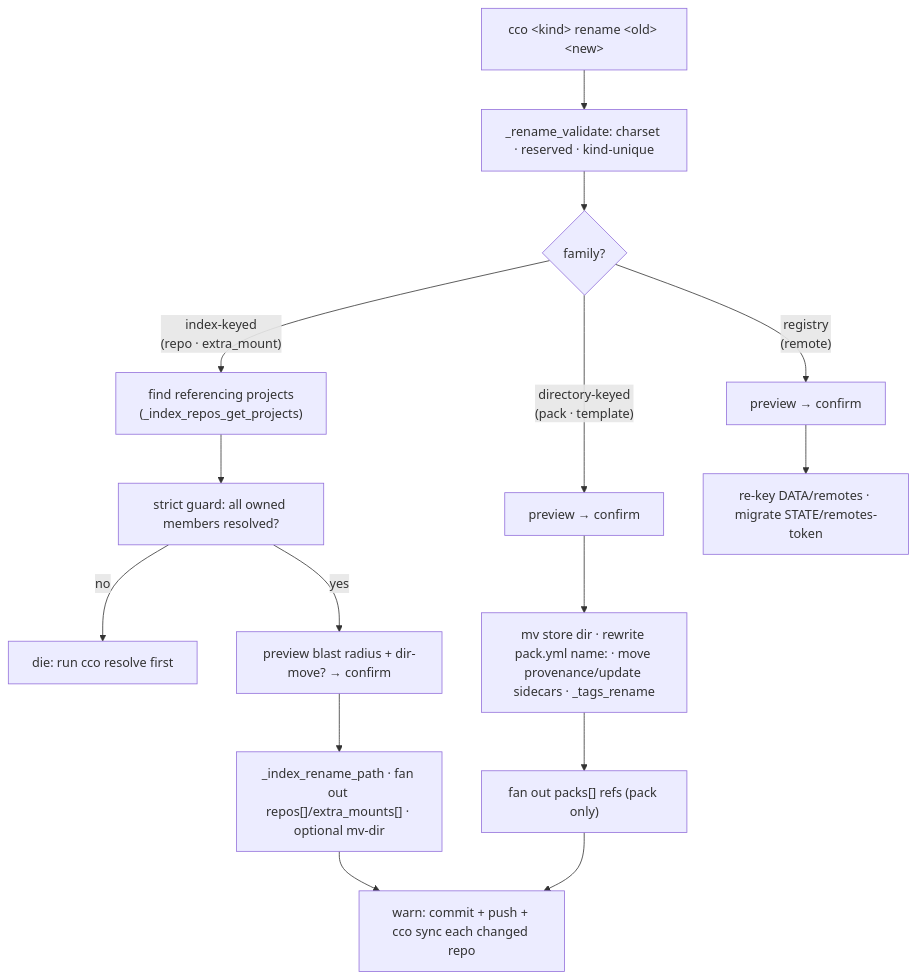
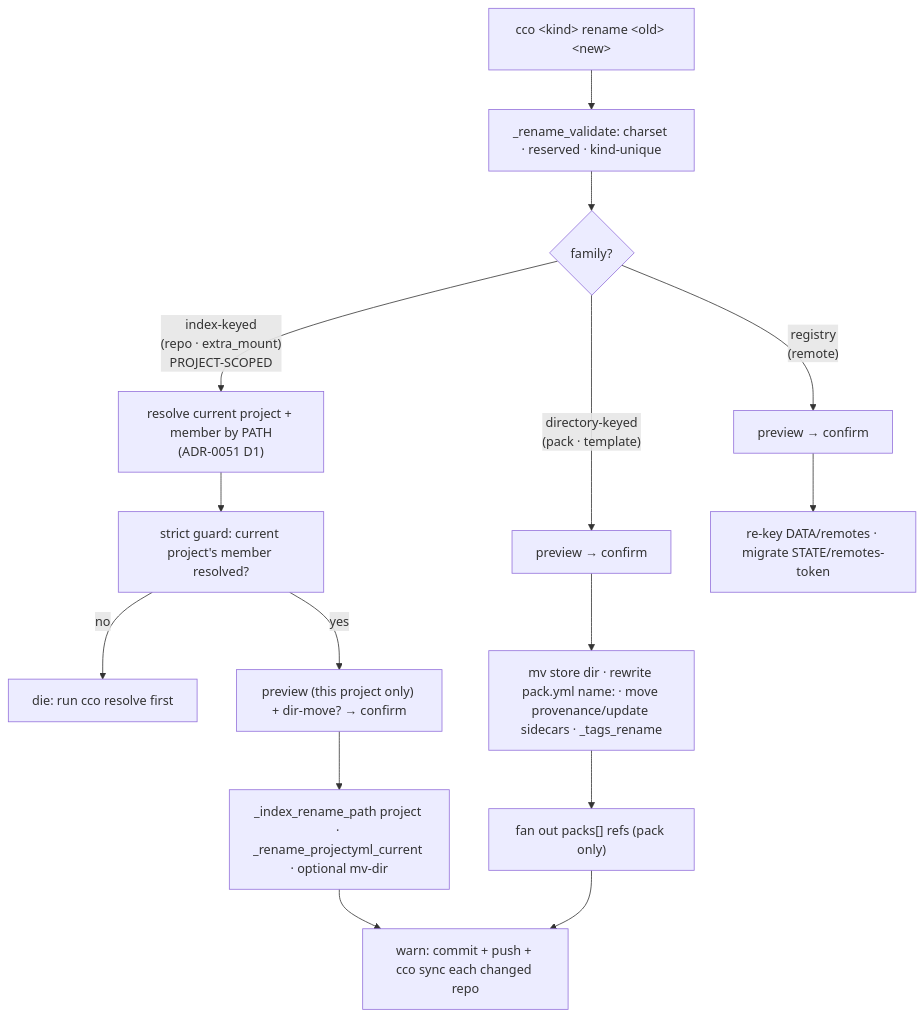
One commit to alergyonthestage/claude-orchestrator changed the diagram in docs/maintainers/naming/design/design-resource-rename.md. Above: the diagram before and after it, drawn with Mermaid. The commit also changed other lines of this file and 5 other files, not shown here.

First line of the commit message:
docs(naming): ADR-0051 per-project name scoping (path is identity)

````diff
--- a/docs/maintainers/naming/design/design-resource-rename.md
+++ b/docs/maintainers/naming/design/design-resource-rename.md
@@ -74,20 +79,20 @@
 ```mermaid
 flowchart TD
   Start["cco &lt;kind&gt; rename &lt;old&gt; &lt;new&gt;"] --> V["_rename_validate: charset · reserved · kind-unique"]
   V --> Fam{family?}
 
-  Fam -- "index-keyed<br/>(repo · extra_mount)" --> IX1["find referencing projects<br/>(_index_repos_get_projects)"]
-  IX1 --> IX2["strict guard: all owned members resolved?"]
+  Fam -- "index-keyed<br/>(repo · extra_mount)<br/>PROJECT-SCOPED" --> IX1["resolve current project + member by PATH<br/>(ADR-0051 D1)"]
+  IX1 --> IX2["strict guard: current project's member resolved?"]
   IX2 -- no --> Die["die: run cco resolve first"]
-  IX2 -- yes --> IX3["preview blast radius + dir-move? → confirm"]
-  IX3 --> IX4["_index_rename_path · fan out repos[]/extra_mounts[] · optional mv-dir"]
+  IX2 -- yes --> IX3["preview (this project only) + dir-move? → confirm"]
+  IX3 --> IX4["_index_rename_path project · _rename_projectyml_current · optional mv-dir"]
   IX4 --> Warn["warn: commit + push + cco sync each changed repo"]
 
   Fam -- "directory-keyed<br/>(pack · template)" --> D1["preview → confirm"]
   D1 --> D2["mv store dir · rewrite pack.yml name: · move provenance/update sidecars · _tags_rename"]
   D2 --> D3["fan out packs[] refs (pack only)"]
   D3 --> Warn
 
   Fam -- "registry<br/>(remote)" --> R1["preview → confirm"]
   R1 --> R2["re-key DATA/remotes · migrate STATE/remotes-token"]
 ```
````
